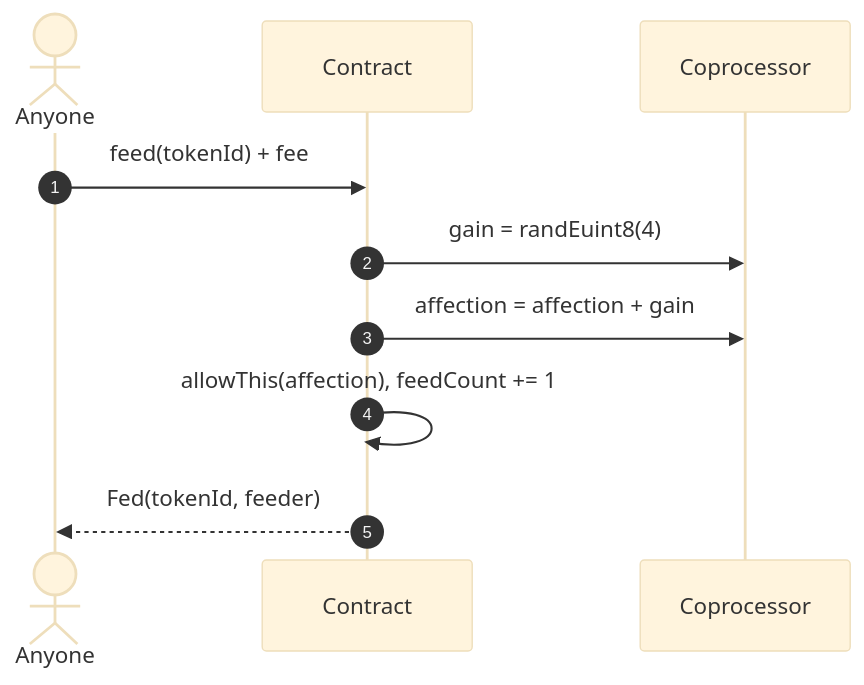
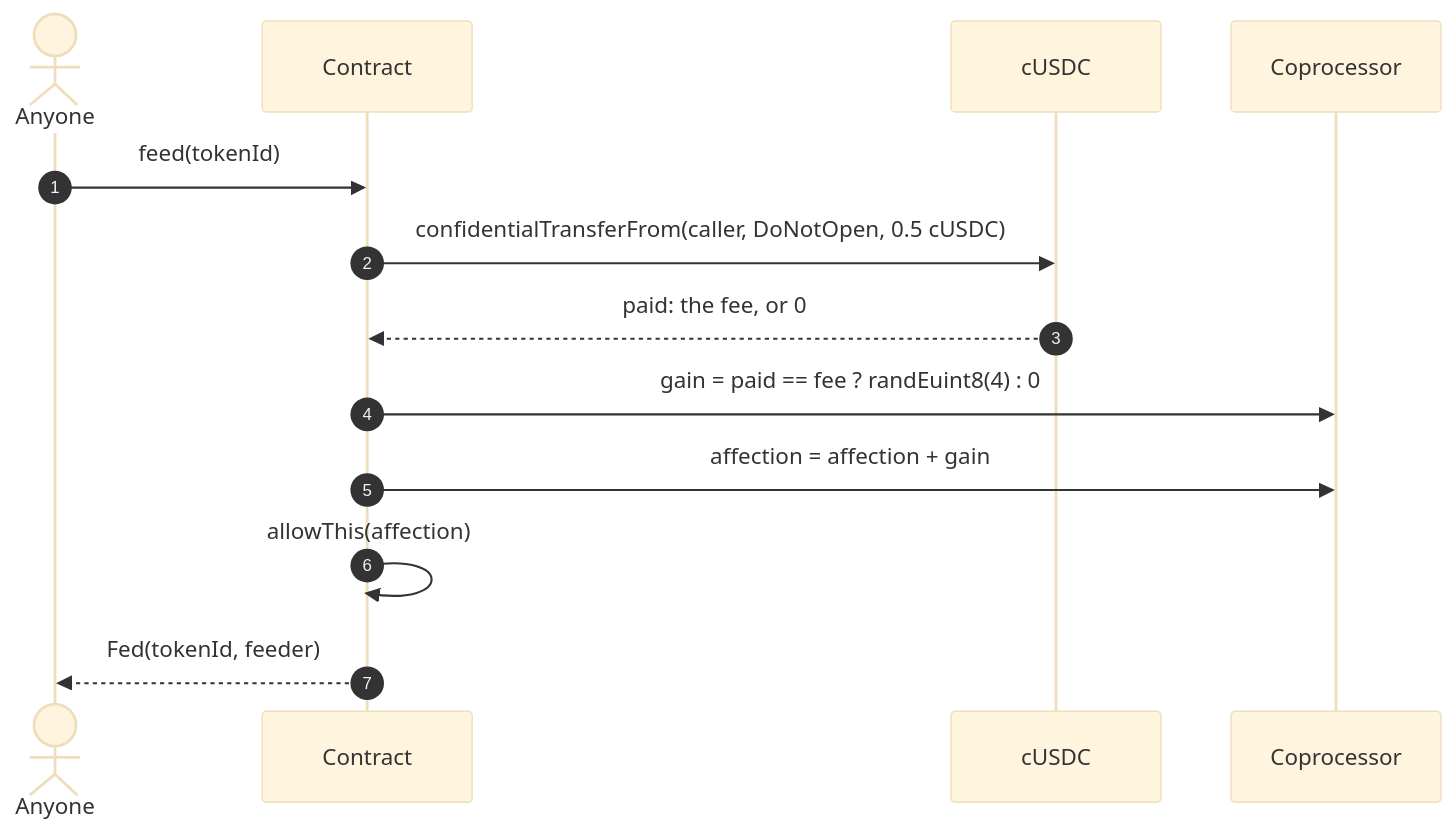
The fourth of 19 diagrams in docs/FLOWS.md (jecombe/do_not_open), drawn with Mermaid (base theme) before and after one commit. The commit also changed other lines of this file and 25 other files, not shown here.

````diff
--- a/docs/FLOWS.md
+++ b/docs/FLOWS.md
@@ -72,12 +128,15 @@
 ```mermaid
 sequenceDiagram
   autonumber
   actor U as Anyone
   participant C as Contract
+  participant K as cUSDC
   participant Co as Coprocessor
-  U->>C: feed(tokenId) + fee
-  C->>Co: gain = randEuint8(4)
+  U->>C: feed(tokenId)
+  C->>K: confidentialTransferFrom(caller, DoNotOpen, 0.5 cUSDC)
+  K-->>C: paid: the fee, or 0
+  C->>Co: gain = paid == fee ? randEuint8(4) : 0
   C->>Co: affection = affection + gain
-  C->>C: allowThis(affection), feedCount += 1
+  C->>C: allowThis(affection)
   C-->>U: Fed(tokenId, feeder)
 ```
````
